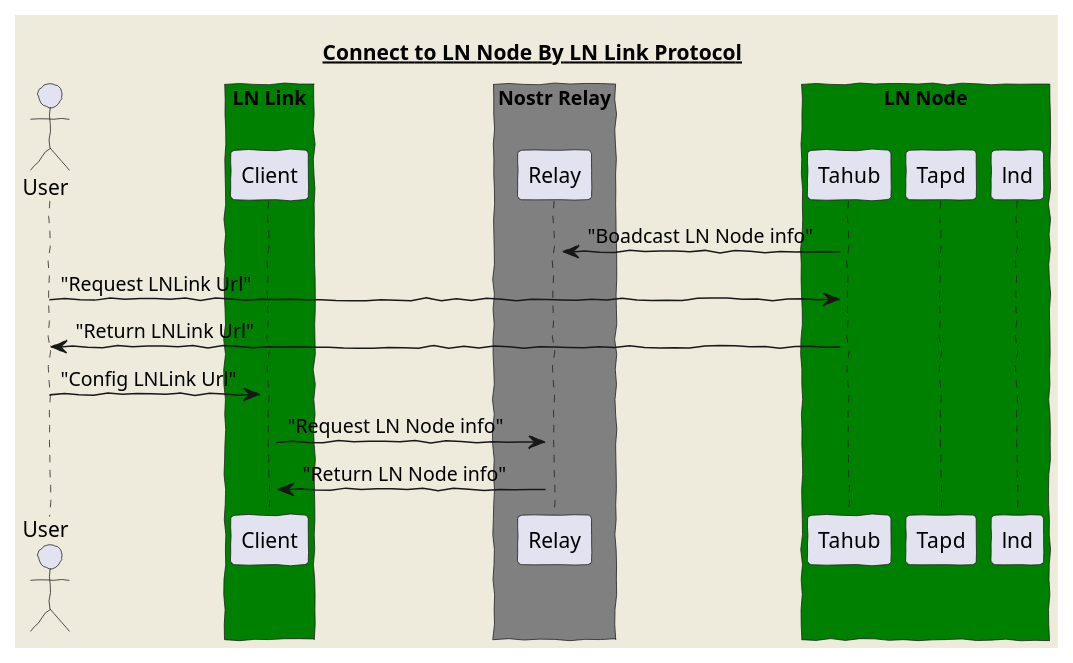
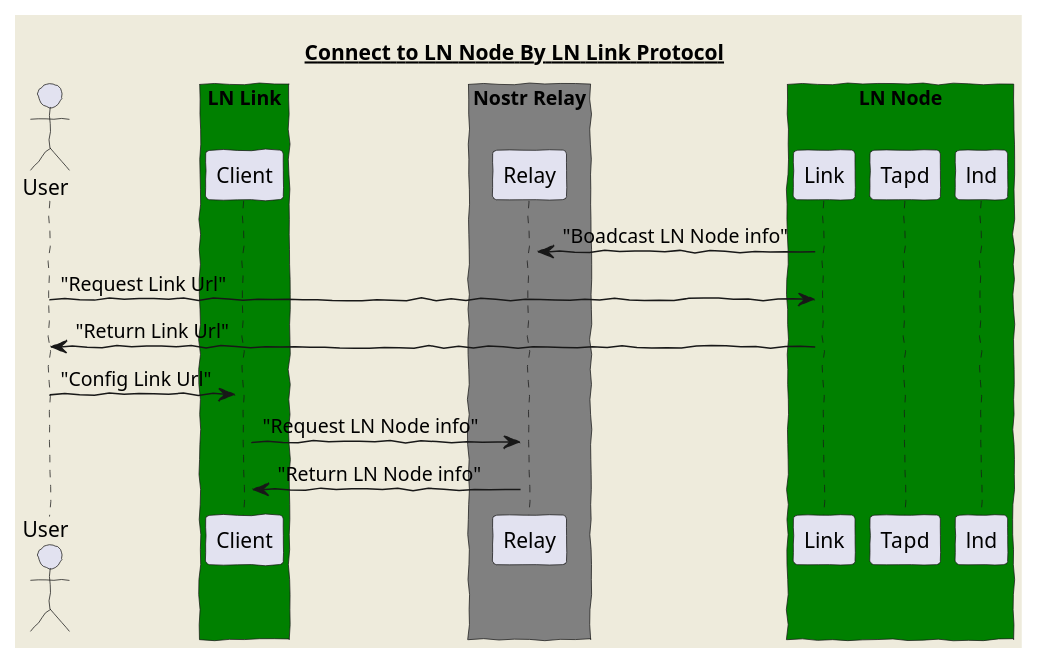
One commit to lnfi-network/ln-node changed the first of 3 diagrams in LNLink/LNNode.puml. Above: the diagram before and after it, drawn with PlantUML. The commit also changed other lines of this file and 2 other files, not shown here.

```diff
--- a/LNLink/LNNode.puml
+++ b/LNLink/LNNode.puml
@@ -1,32 +1,32 @@
-@startuml Tahub
+@startuml Link
 'https://plantuml.com/sequence-diagram
 skinparam backgroundColor #EEEBDC
 skinparam handwritten true
 
 title
  <u>Connect to LN Node By LN Link Protocol</u>
 end title
 actor User
 
 box "LN Link" #green
 activate "Client"
 end box
 
 box "Nostr Relay" #Grey
 activate "Relay"
 end box
 
 box "LN Node" #green
-activate "Tahub"
+activate "Link"
 activate "Tapd"
 activate "lnd"
 end box
 
-Tahub -> Relay : "Boadcast LN Node info"
-User -> Tahub : "Request LNLink Url"
-Tahub -> User : "Return LNLink Url"
-User -> Client: "Config LNLink Url"
+Link -> Relay : "Boadcast LN Node info"
+User -> Link : "Request Link Url"
+Link -> User : "Return Link Url"
+User -> Client: "Config Link Url"
 Client -> Relay: "Request LN Node info"
 Relay -> Client: "Return LN Node info"
 
 @enduml
```
